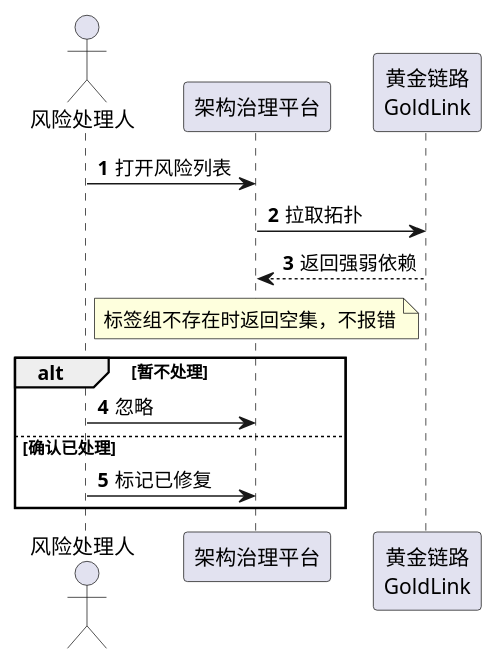
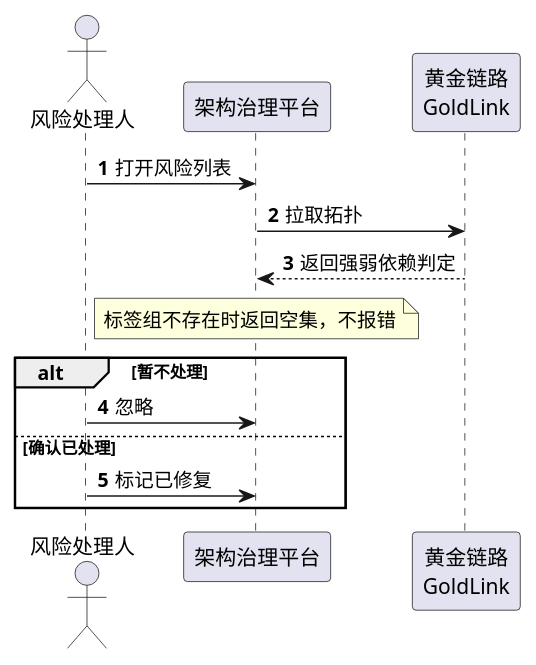
Before and after one commit to zelehuangdog-source/zeleSkills: the third of 4 diagrams in zele-plan/references/output-format.md, drawn with PlantUML. The commit also changed other lines of this file and 3 other files, not shown here.

First line of the commit message:
约束业务序列图怎么画（clarify + zele-plan）

````diff
--- a/zele-plan/references/output-format.md
+++ b/zele-plan/references/output-format.md
@@ -132,18 +173,18 @@
 ```plantuml
 autonumber
 
 actor "风险处理人" as H
 participant "架构治理平台" as Plat
 participant "黄金链路\nGoldLink" as GL
 
 H -> Plat : 打开风险列表
 Plat -> GL : 拉取拓扑
-GL --> Plat : 返回强弱依赖
+GL --> Plat : 返回强弱依赖判定
 note over Plat : 标签组不存在时返回空集，不报错
 
 alt 暂不处理
   H -> Plat : 忽略
 else 确认已处理
   H -> Plat : 标记已修复
 end
 ```
````
